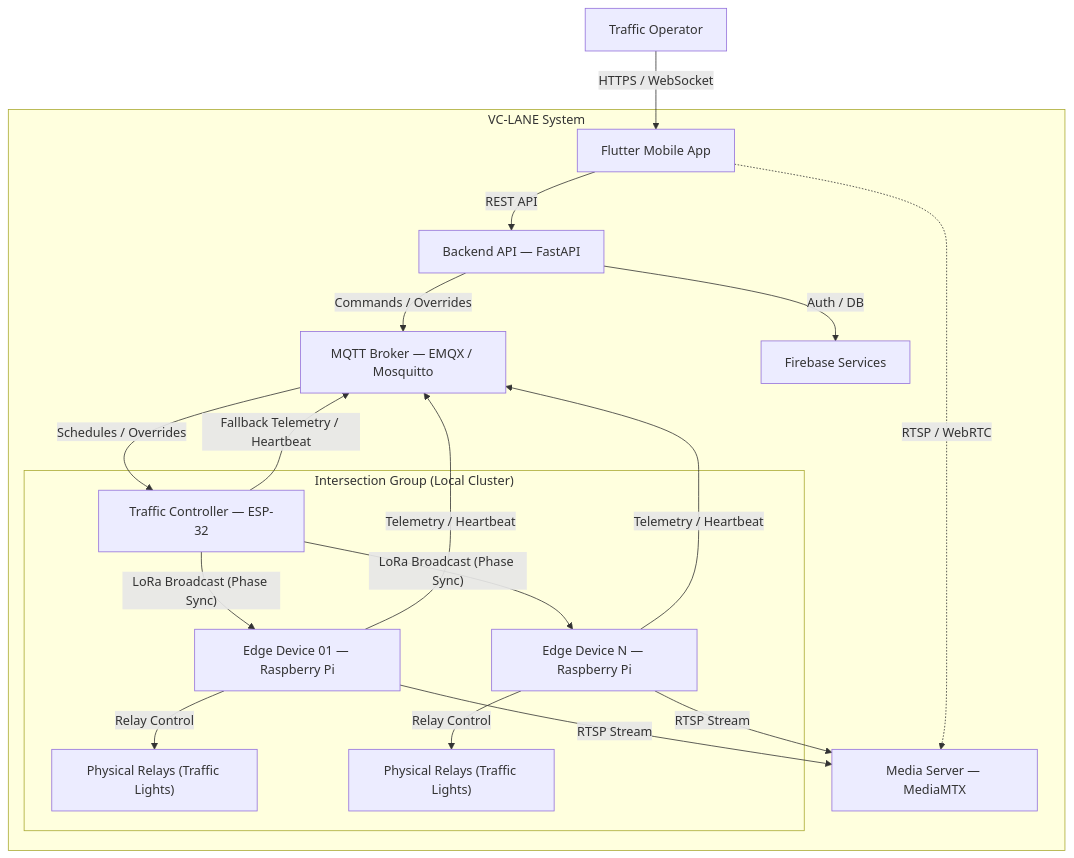
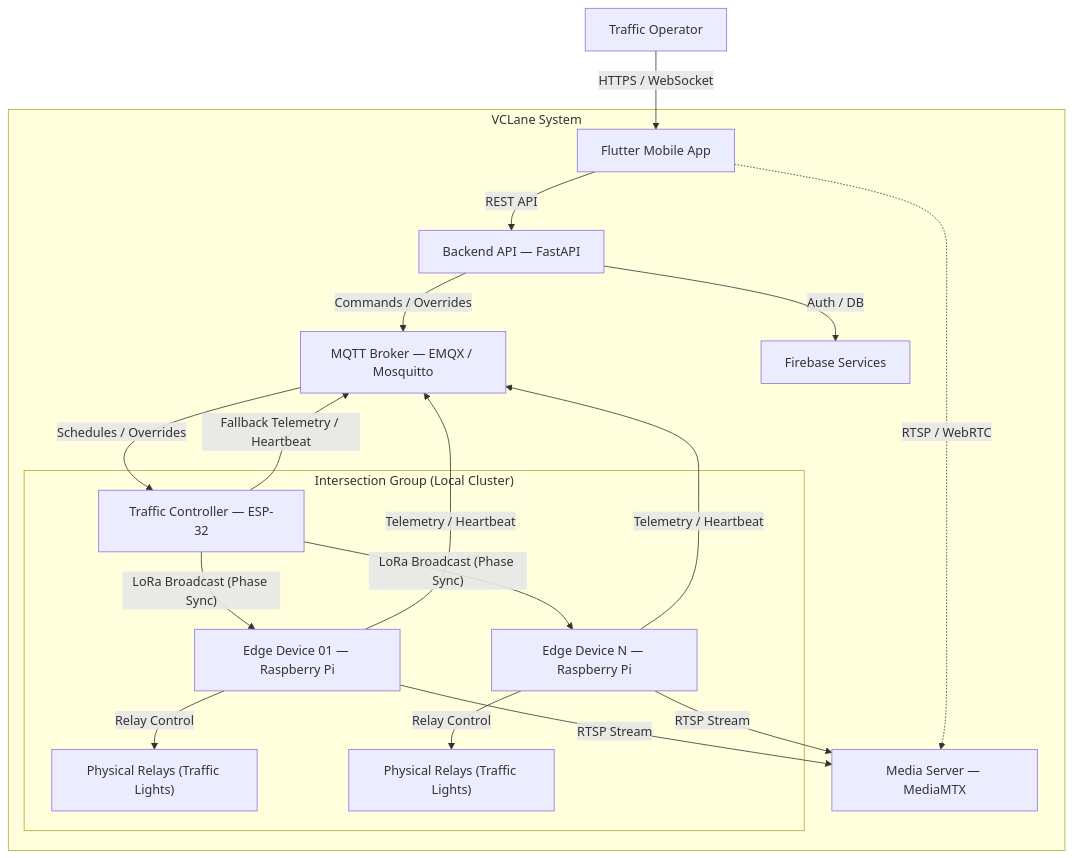
Before and after one commit to vclane/vclane-docs: the diagram in docs/architecture.md, drawn with Mermaid. The commit also changed other lines of this file and 7 other files, not shown here.

Commit message:
Update VC-LANE wording to VCLane

````diff
--- a/docs/architecture.md
+++ b/docs/architecture.md
@@ -3,33 +3,33 @@
 ```mermaid
 graph TB
     User["Traffic Operator"] -->|"HTTPS / WebSocket"| App["Flutter Mobile App"]
 
-    subgraph System["VC-LANE System"]
+    subgraph System["VCLane System"]
         App -->|"REST API"| Backend["Backend API — FastAPI"]
         App -.->|"RTSP / WebRTC"| Media["Media Server — MediaMTX"]
 
         Backend -->|"Commands / Overrides"| MQTT["MQTT Broker — EMQX / Mosquitto"]
         Backend -->|"Auth / DB"| Firebase["Firebase Services"]
 
         subgraph Group["Intersection Group (Local Cluster)"]
             ESP32["Traffic Controller — ESP-32"]
             Edge1["Edge Device 01 — Raspberry Pi"]
             EdgeN["Edge Device N — Raspberry Pi"]
-            
+
             ESP32 -->|"LoRa Broadcast (Phase Sync)"| Edge1
             ESP32 -->|"LoRa Broadcast (Phase Sync)"| EdgeN
-            
+
             Edge1 -->|"Relay Control"| Relays1["Physical Relays (Traffic Lights)"]
             EdgeN -->|"Relay Control"| RelaysN["Physical Relays (Traffic Lights)"]
         end
 
         MQTT -->|"Schedules / Overrides"| ESP32
         ESP32 -->|"Fallback Telemetry / Heartbeat"| MQTT
 
         Edge1 -->|"Telemetry / Heartbeat"| MQTT
         EdgeN -->|"Telemetry / Heartbeat"| MQTT
 
         Edge1 -->|"RTSP Stream"| Media
         EdgeN -->|"RTSP Stream"| Media
     end
 ```
````
